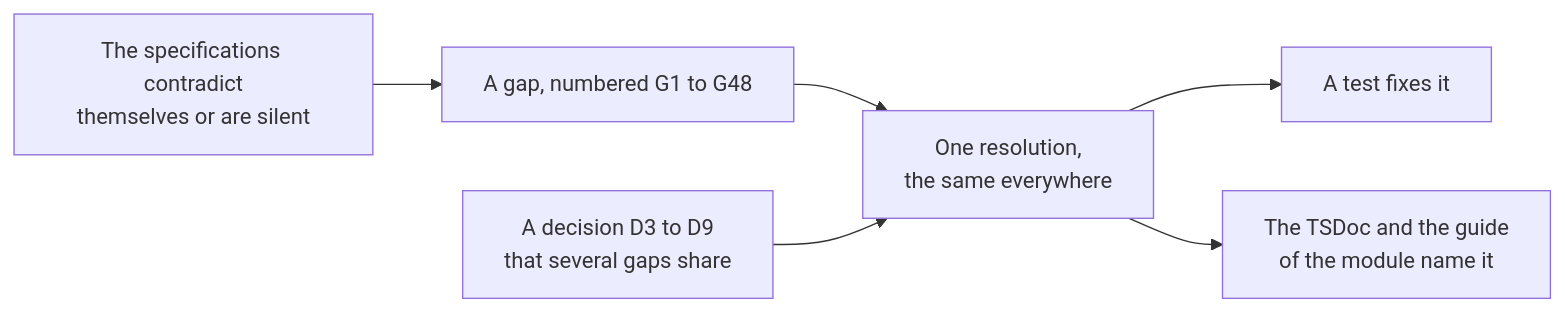
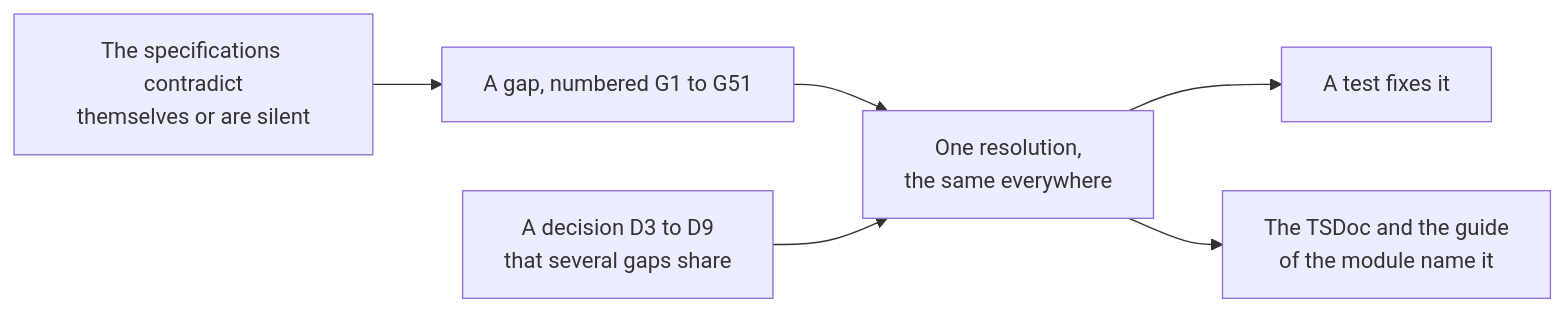
Before and after one commit to assesskit/assesskit: the diagram in docs/runtime/spec-gaps.md, drawn with Mermaid. The commit also changed other lines of this file and 48 other files, not shown here.

Commit message:
Read the color theme of the guide, which the schema lacks, never write it, warn in validate, and let the candidate change it among the 14 palettes of the player

````diff
--- a/docs/runtime/spec-gaps.md
+++ b/docs/runtime/spec-gaps.md
@@ -10,8 +10,8 @@
 ```mermaid
 flowchart LR
-  gap["The specifications contradict<br/>themselves or are silent"] --> number["A gap, numbered G1 to G48"]
+  gap["The specifications contradict<br/>themselves or are silent"] --> number["A gap, numbered G1 to G51"]
   number --> resolution["One resolution,<br/>the same everywhere"]
   decision["A decision D3 to D9<br/>that several gaps share"] --> resolution
   resolution --> test["A test fixes it"]
   resolution --> docs["The TSDoc and the guide<br/>of the module name it"]
 ```
````
